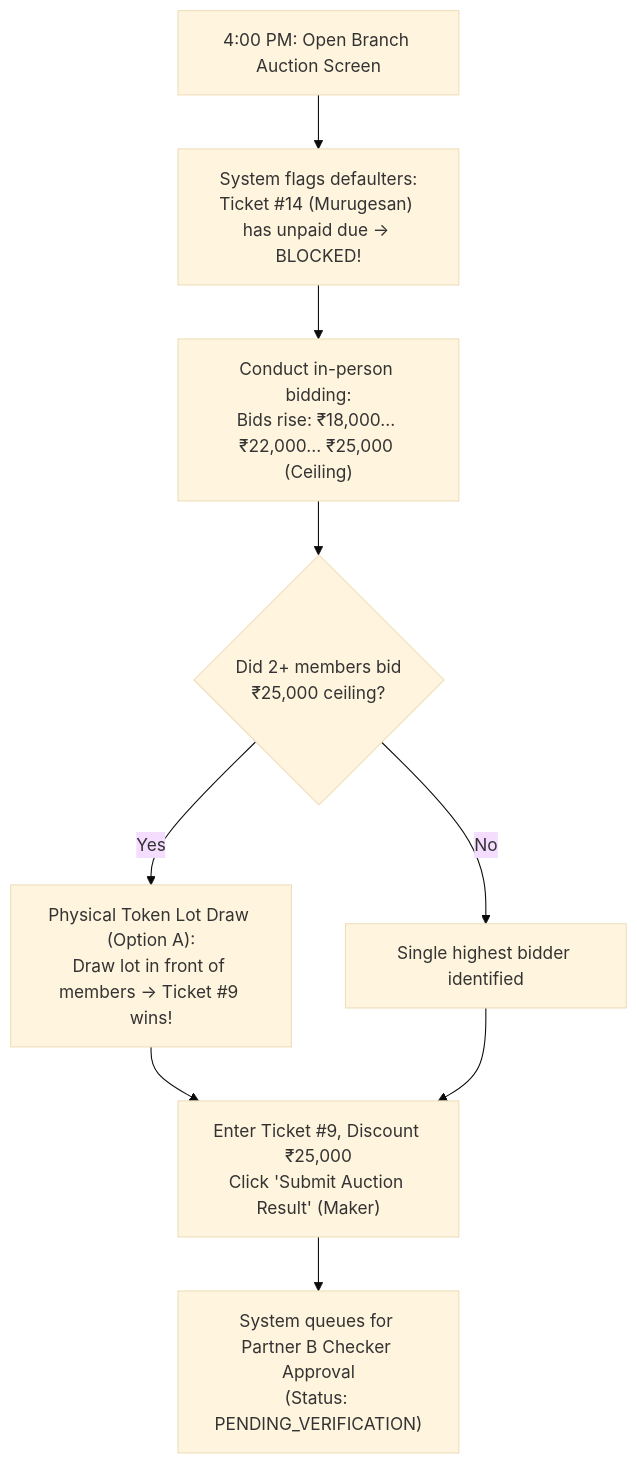
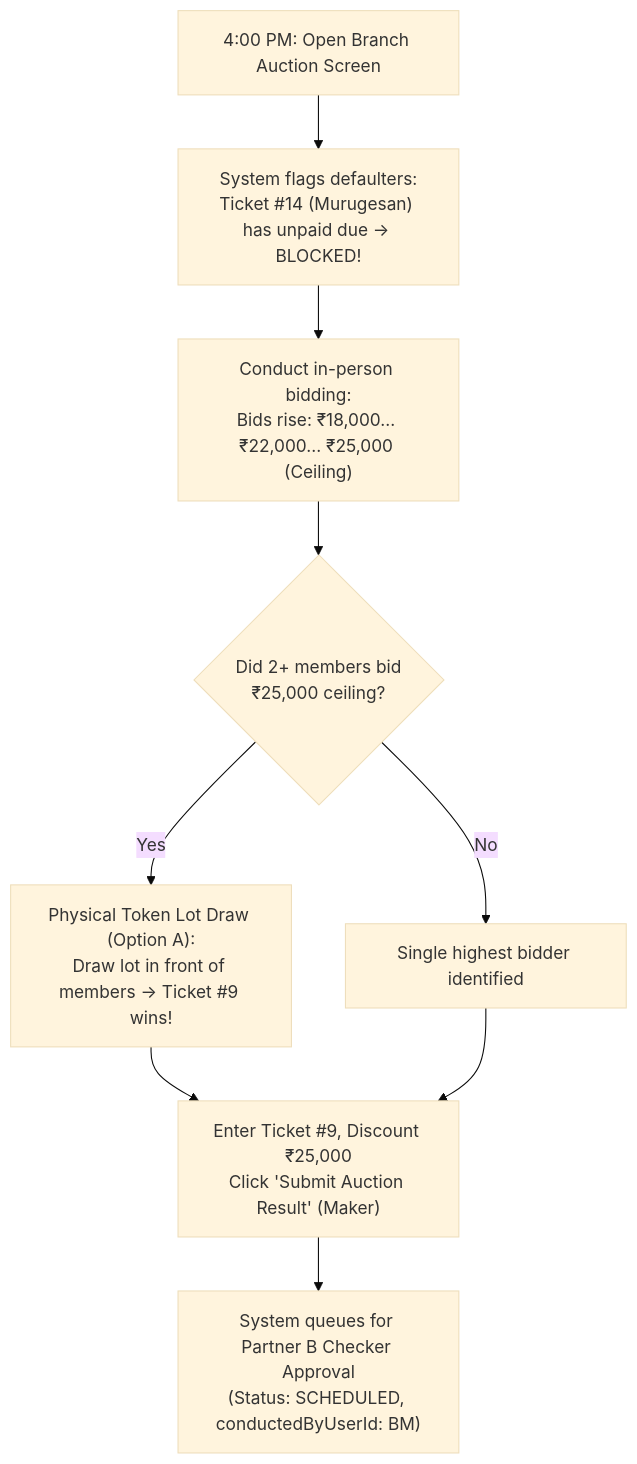
The fourth of 4 diagrams in docs/02-requirements/educational-guides/persona-5-branch-manager.md (Kathir-24/Kumaran-finance), drawn with Mermaid (base theme) before and after one commit. The commit also changed other lines of this file and 4 other files, not shown here.

````diff
--- a/docs/02-requirements/educational-guides/persona-5-branch-manager.md
+++ b/docs/02-requirements/educational-guides/persona-5-branch-manager.md
@@ -213,11 +214,11 @@
 ```mermaid
 flowchart TD
     A1["4:00 PM: Open Branch Auction Screen"] --> A2["System flags defaulters:\nTicket #14 (Murugesan) has unpaid due -> BLOCKED!"]
     A2 --> A3["Conduct in-person bidding:\nBids rise: ₹18,000... ₹22,000... ₹25,000 (Ceiling)"]
     A3 --> A4{"Did 2+ members bid\n₹25,000 ceiling?"}
     A4 -- Yes --> A5["Physical Token Lot Draw (Option A):\nDraw lot in front of members -> Ticket #9 wins!"]
     A4 -- No --> A6["Single highest bidder identified"]
     A5 --> A7["Enter Ticket #9, Discount ₹25,000\nClick 'Submit Auction Result' (Maker)"]
     A6 --> A7
-    A7 --> A8["System queues for Partner B Checker Approval\n(Status: PENDING_VERIFICATION)"]
+    A7 --> A8["System queues for Partner B Checker Approval\n(Status: SCHEDULED, conductedByUserId: BM)"]
 ```
````
